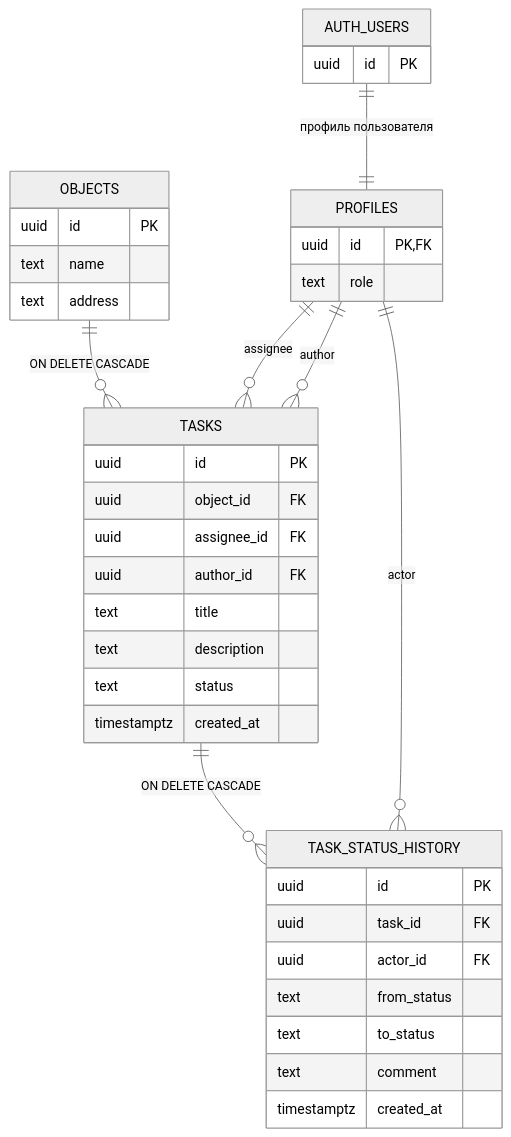
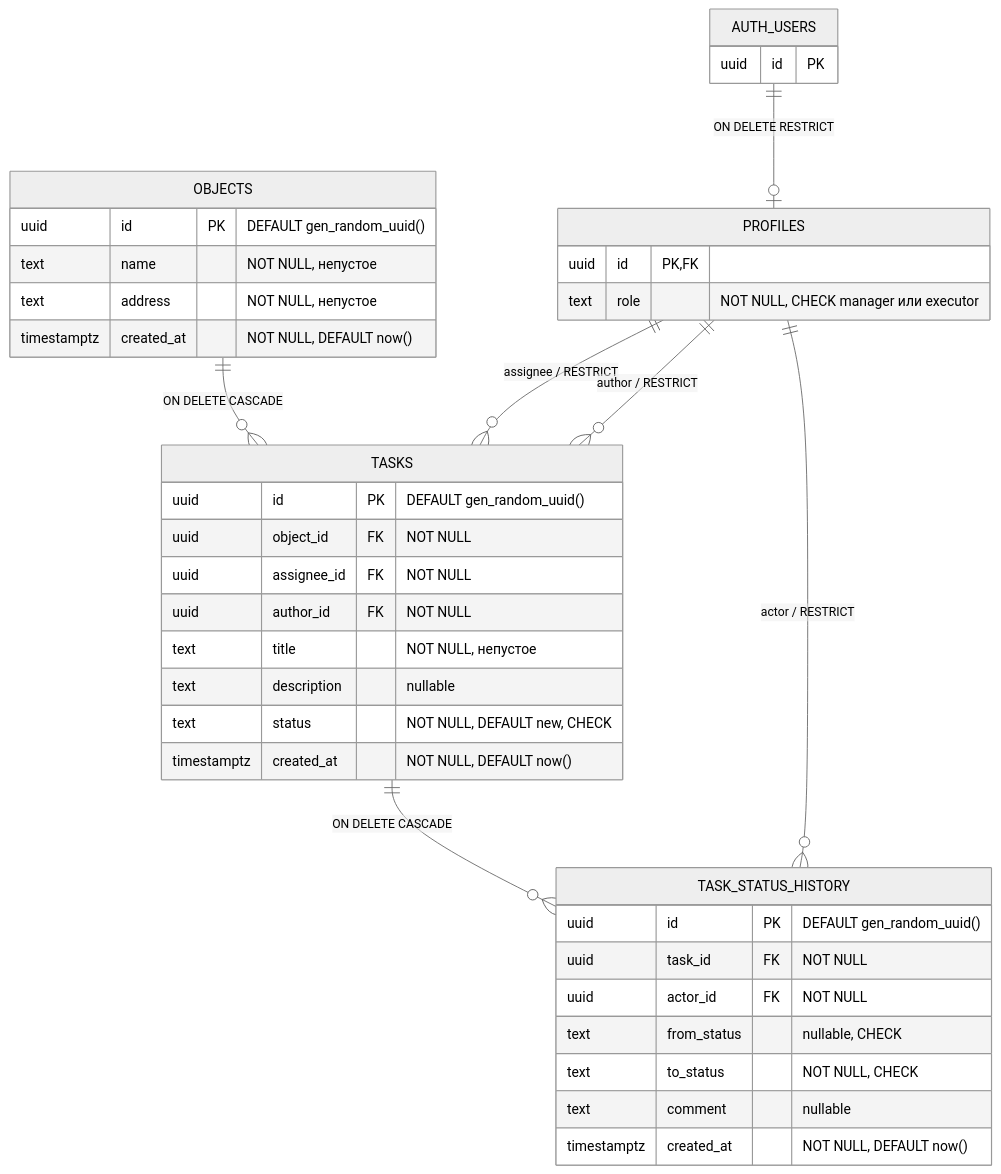
One commit to Alexwrj/mini-crm changed the diagram in docs/erd.md. Above: the diagram before and after it, drawn with Mermaid (neutral theme). The commit also changed other lines of this file and 12 other files, not shown here.

Commit message:
feat(db): добавить схему мини-CRM и SQL-проверки

````diff
--- a/docs/erd.md
+++ b/docs/erd.md
@@ -8,41 +7,42 @@
 ```mermaid
 erDiagram
+  AUTH_USERS ||--o| PROFILES : "ON DELETE RESTRICT"
   OBJECTS ||--o{ TASKS : "ON DELETE CASCADE"
   TASKS ||--o{ TASK_STATUS_HISTORY : "ON DELETE CASCADE"
-  PROFILES ||--o{ TASKS : "assignee"
-  PROFILES ||--o{ TASKS : "author"
-  PROFILES ||--o{ TASK_STATUS_HISTORY : "actor"
-  AUTH_USERS ||--|| PROFILES : "профиль пользователя"
+  PROFILES ||--o{ TASKS : "assignee / RESTRICT"
+  PROFILES ||--o{ TASKS : "author / RESTRICT"
+  PROFILES ||--o{ TASK_STATUS_HISTORY : "actor / RESTRICT"
 
+  PROFILES {
+    uuid id PK,FK
+    text role "NOT NULL, CHECK manager или executor"
+  }
   OBJECTS {
-    uuid id PK
-    text name
-    text address
+    uuid id PK "DEFAULT gen_random_uuid()"
+    text name "NOT NULL, непустое"
+    text address "NOT NULL, непустое"
+    timestamptz created_at "NOT NULL, DEFAULT now()"
   }
   TASKS {
-    uuid id PK
-    uuid object_id FK
-    uuid assignee_id FK
-    uuid author_id FK
-    text title
-    text description
-    text status
-    timestamptz created_at
+    uuid id PK "DEFAULT gen_random_uuid()"
+    uuid object_id FK "NOT NULL"
+    uuid assignee_id FK "NOT NULL"
+    uuid author_id FK "NOT NULL"
+    text title "NOT NULL, непустое"
+    text description "nullable"
+    text status "NOT NULL, DEFAULT new, CHECK"
+    timestamptz created_at "NOT NULL, DEFAULT now()"
   }
   TASK_STATUS_HISTORY {
-    uuid id PK
-    uuid task_id FK
-    uuid actor_id FK
-    text from_status
-    text to_status
-    text comment
-    timestamptz created_at
-  }
-  PROFILES {
-    uuid id PK,FK
-    text role
+    uuid id PK "DEFAULT gen_random_uuid()"
+    uuid task_id FK "NOT NULL"
+    uuid actor_id FK "NOT NULL"
+    text from_status "nullable, CHECK"
+    text to_status "NOT NULL, CHECK"
+    text comment "nullable"
+    timestamptz created_at "NOT NULL, DEFAULT now()"
   }
   AUTH_USERS {
     uuid id PK
   }
 ```
````
